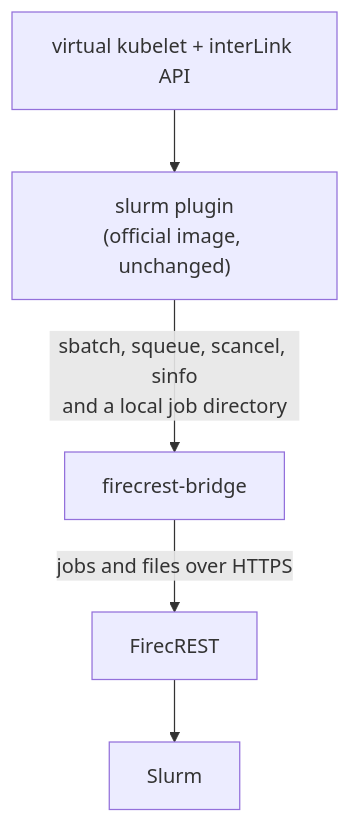
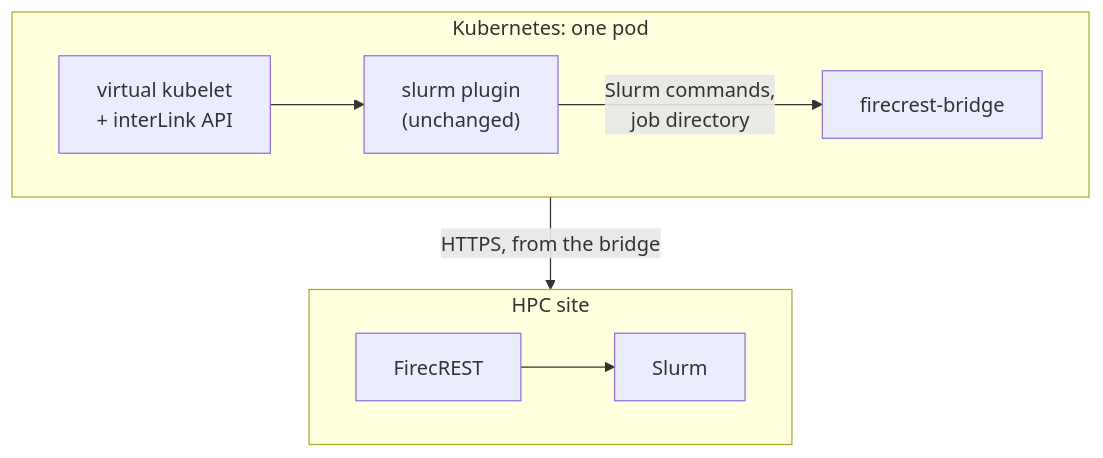
One commit to matbun/interlink-firecrest-plugin changed the diagram in README.md. Above: the diagram before and after it, drawn with Mermaid. The commit also changed 1 other file, not shown here.

Commit message:
READMEs: two-row Mermaid diagrams
The pod's chain on one row and the HPC site on the next, linked between
the two subgraphs (a node-to-node link would make Mermaid ignore the
subgraph direction): about 780 x 300 px instead of one tall column.

````diff
--- a/README.md
+++ b/README.md
@@ -12,6 +12,13 @@
 ```mermaid
 flowchart TB
-  vk["virtual kubelet + interLink API"] --> plugin["slurm plugin<br/>(official image, unchanged)"]
-  plugin -- "sbatch, squeue, scancel, sinfo<br/>and a local job directory" --> bridge["firecrest-bridge"]
-  bridge -- "jobs and files over HTTPS" --> firecrest["FirecREST"] --> slurm["Slurm"]
+  subgraph k8s["Kubernetes: one pod"]
+    direction LR
+    vk["virtual kubelet<br/>+ interLink API"] --> plugin["slurm plugin<br/>(unchanged)"]
+    plugin -- "Slurm commands,<br/>job directory" --> bridge["firecrest-bridge"]
+  end
+  subgraph hpc["HPC site"]
+    direction LR
+    firecrest["FirecREST"] --> slurm["Slurm"]
+  end
+  k8s -- "HTTPS, from the bridge" --> hpc
 ```
````
